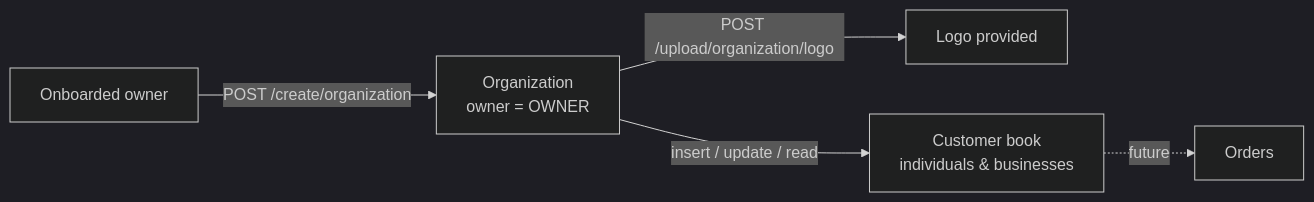
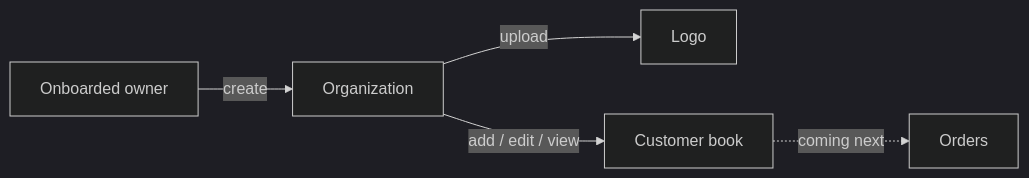
The third of 3 diagrams in README.md (mesazon-org/app), drawn with Mermaid (dark theme) before and after one commit. The commit also changed other lines of this file and 13 other files, not shown here.

````diff
--- a/README.md
+++ b/README.md
@@ -117,7 +47,7 @@
 ```mermaid
 flowchart LR
-    A[Onboarded owner] -->|POST /create/organization| B[Organization<br/>owner = OWNER]
-    B -->|POST /upload/organization/logo| C[Logo provided]
-    B -->|insert / update / read| D[Customer book<br/>individuals & businesses]
-    D -.->|future| E[Orders]
+    A[Onboarded owner] -->|create| B[Organization]
+    B -->|upload| C[Logo]
+    B -->|add / edit / view| D[Customer book]
+    D -.->|coming next| E[Orders]
 ```
````
